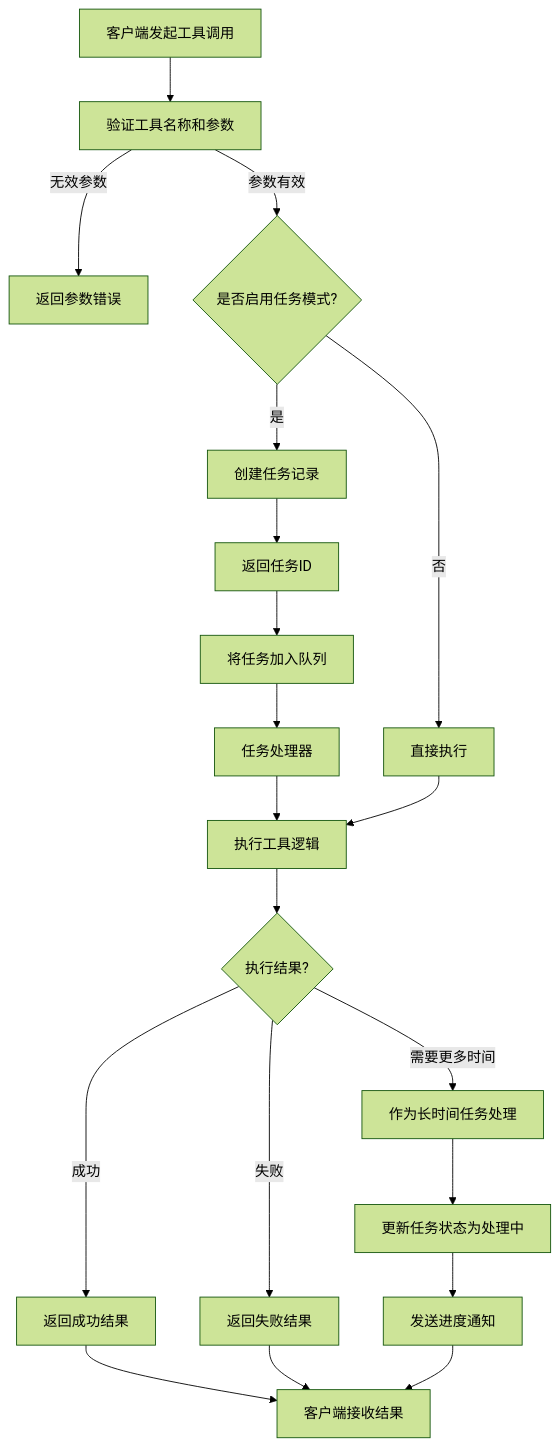
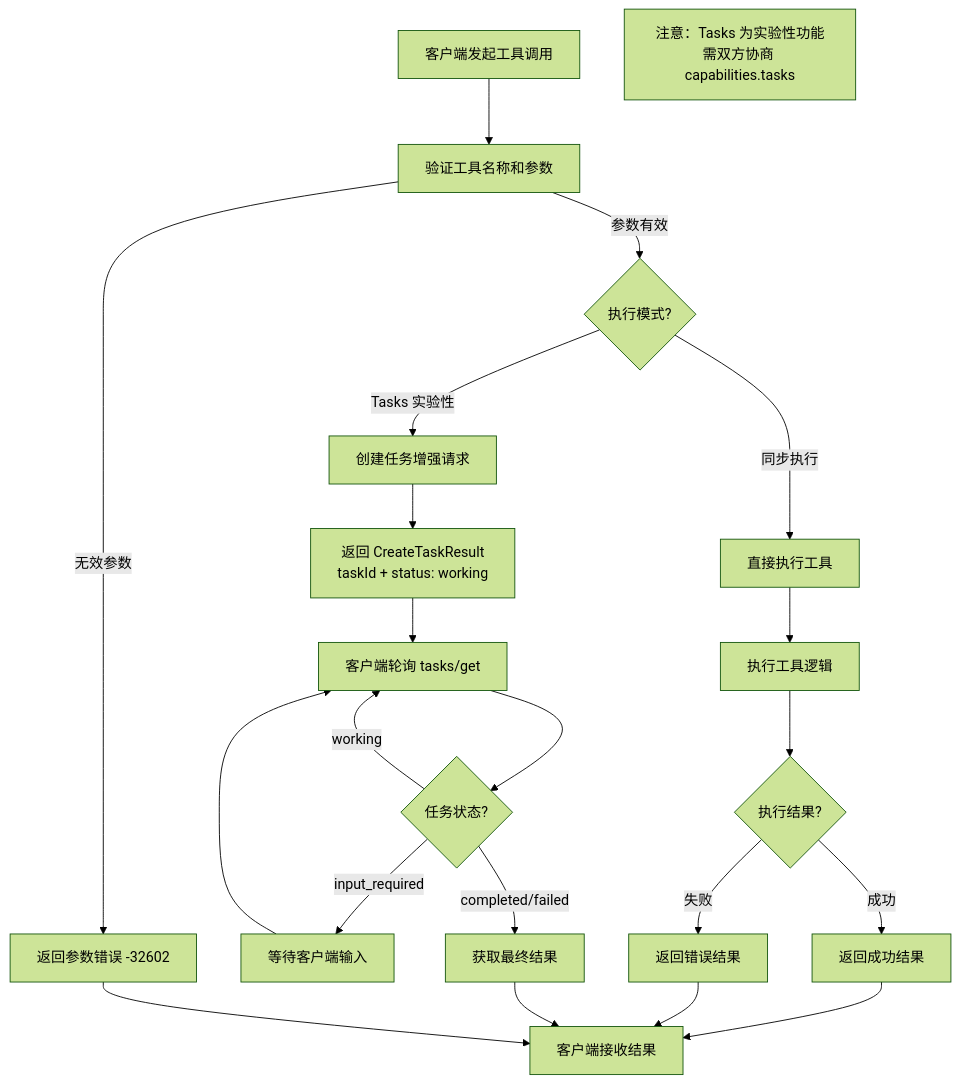
One commit to MiyakoMeow/neco changed the second of 12 diagrams in progress/external-mcp-interaction-flows.md. Above: the diagram before and after it, drawn with Mermaid (forest theme). The commit also changed other lines of this file and 9 other files, not shown here.

````diff
--- a/progress/external-mcp-interaction-flows.md
+++ b/progress/external-mcp-interaction-flows.md
@@ -46,29 +57,33 @@
 ```mermaid
 flowchart TD
     Start[客户端发起工具调用] --> Validate[验证工具名称和参数]
-    Validate -->|无效参数| Error1[返回参数错误]
-    Validate -->|参数有效| CheckTask{是否启用任务模式?}
 
-    CheckTask -->|是| CreateTask[创建任务记录]
-    CreateTask --> ReturnTaskId[返回任务ID]
-    ReturnTaskId --> Queue[将任务加入队列]
+    Validate -->|无效参数| Error1[返回参数错误 -32602]
+    Validate -->|参数有效| CheckMode{执行模式?}
 
-    CheckTask -->|否| DirectExec[直接执行]
+    CheckMode -->|同步执行| DirectExec[直接执行工具]
+    CheckMode -->|Tasks 实验性| CreateTask[创建任务增强请求]
 
-    Queue --> Process[任务处理器]
-    Process --> Execute[执行工具逻辑]
+    CreateTask --> ReturnTaskResult[返回 CreateTaskResult<br/>taskId + status: working]
+    ReturnTaskResult --> Poll[客户端轮询 tasks/get]
 
-    DirectExec --> Execute
+    Poll --> CheckStatus{任务状态?}
+    CheckStatus -->|working| Poll
+    CheckStatus -->|input_required| WaitForInput[等待客户端输入]
+    CheckStatus -->|completed/failed| GetResult[获取最终结果]
+
+    WaitForInput --> Poll
+
+    DirectExec --> Execute[执行工具逻辑]
     Execute --> CheckResult{执行结果?}
 
     CheckResult -->|成功| Success[返回成功结果]
-    CheckResult -->|失败| Failure[返回失败结果]
-    CheckResult -->|需要更多时间| LongRunning[作为长时间任务处理]
-
-    LongRunning --> UpdateStatus[更新任务状态为处理中]
-    UpdateStatus --> NotifyProgress[发送进度通知]
+    CheckResult -->|失败| Failure[返回错误结果]
 
     Success --> End[客户端接收结果]
     Failure --> End
-    NotifyProgress --> End
+    GetResult --> End
+    Error1 --> End
+
+    note1[注意：Tasks 为实验性功能<br/>需双方协商 capabilities.tasks]
 ```
````
